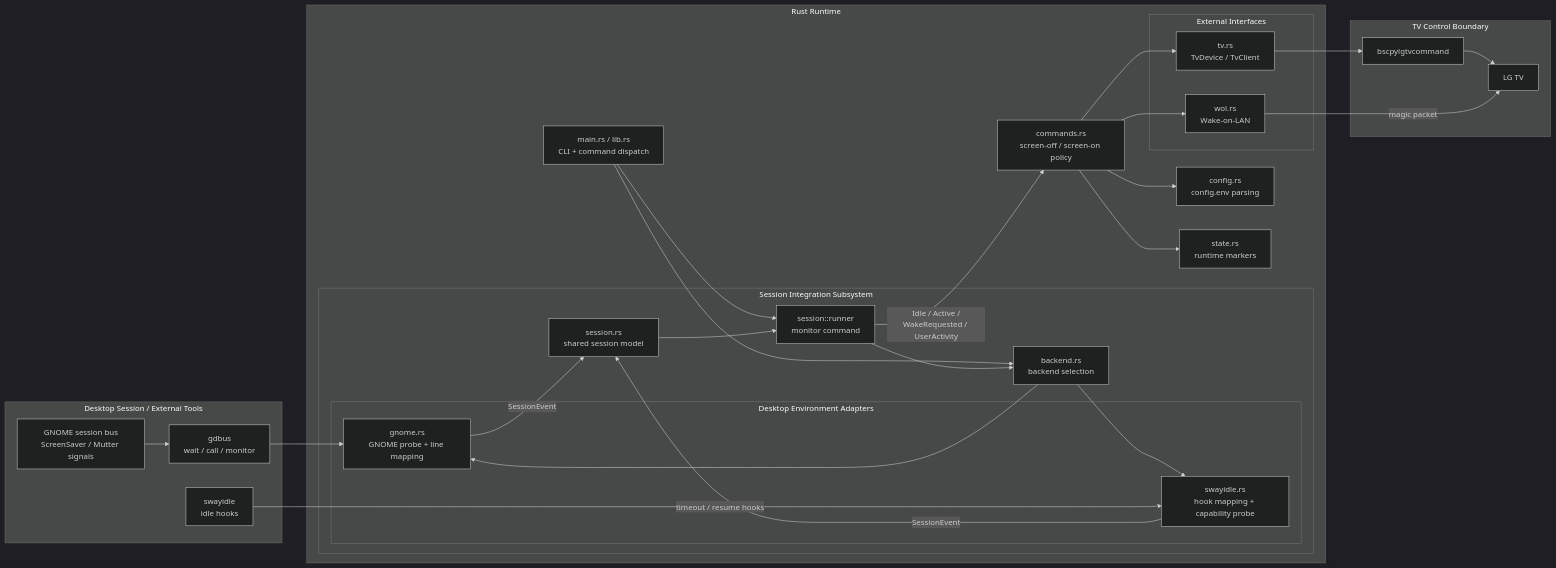
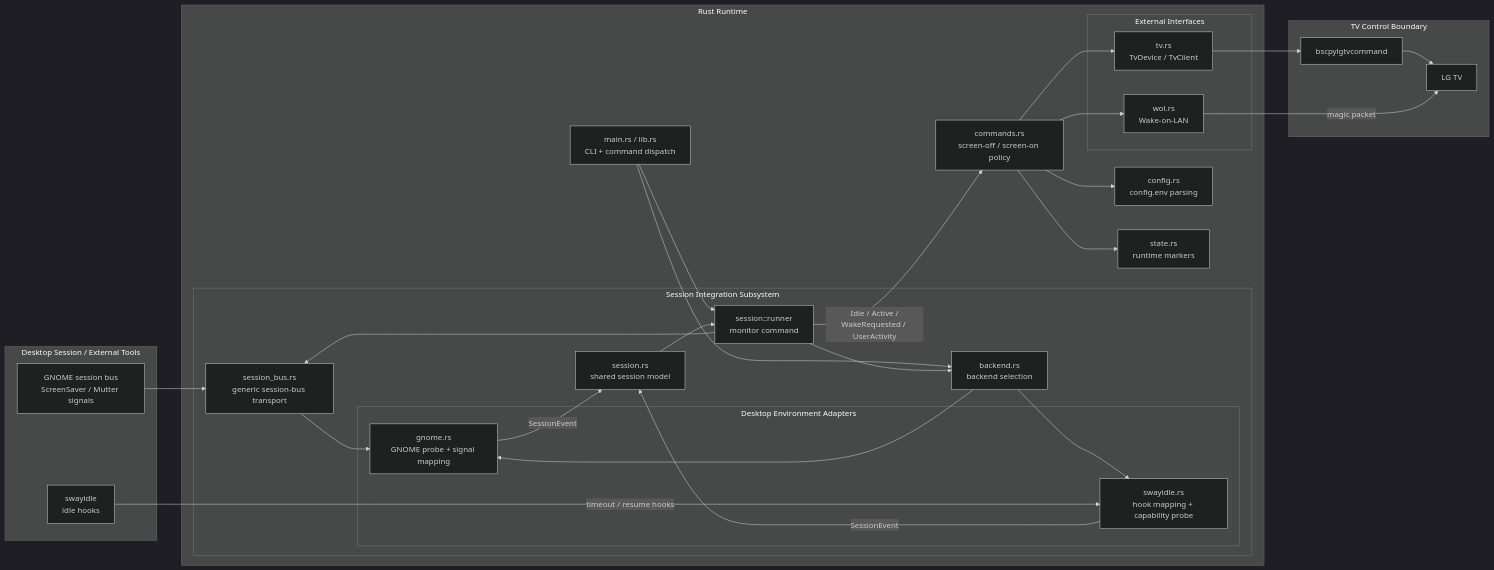
The diagram in docs/architecture-overview.md (Staphylococcus/LG_Buddy), drawn with Mermaid (dark theme) before and after one commit. The commit also changed other lines of this file and 18 other files, not shown here.

Commit message:
Replace GNOME gdbus subprocesses with a persistent session-bus client (#11)

````diff
--- a/docs/architecture-overview.md
+++ b/docs/architecture-overview.md
@@ -47,59 +47,60 @@
 ```mermaid
 flowchart LR
     subgraph Desktop["Desktop Session / External Tools"]
         GNOME["GNOME session bus<br/>ScreenSaver / Mutter signals"]
-        GDBUS["gdbus<br/>wait / call / monitor"]
         SWAY["swayidle<br/>idle hooks"]
     end
 
     subgraph Rust["Rust Runtime"]
         MAIN["main.rs / lib.rs<br/>CLI + command dispatch"]
         COMMANDS["commands.rs<br/>screen-off / screen-on policy"]
         CONFIG["config.rs<br/>config.env parsing"]
         STATE["state.rs<br/>runtime markers"]
 
         subgraph SessionSubsystem["Session Integration Subsystem"]
             BACKEND["backend.rs<br/>backend selection"]
             SESSIONMODEL["session.rs<br/>shared session model"]
             RUNNER["session::runner<br/>monitor command"]
+            BUS["session_bus.rs<br/>generic session-bus transport"]
 
             subgraph DEAdapters["Desktop Environment Adapters"]
-                GADAPTER["gnome.rs<br/>GNOME probe + line mapping"]
+                GADAPTER["gnome.rs<br/>GNOME probe + signal mapping"]
                 SADAPTER["swayidle.rs<br/>hook mapping + capability probe"]
             end
         end
 
         subgraph ExternalInterfaces["External Interfaces"]
             TV["tv.rs<br/>TvDevice / TvClient"]
             WOL["wol.rs<br/>Wake-on-LAN"]
         end
     end
 
     subgraph TVBoundary["TV Control Boundary"]
         BSCPY["bscpylgtvcommand"]
         LGTV["LG TV"]
     end
 
     MAIN --> BACKEND
     MAIN --> RUNNER
     RUNNER --> BACKEND
+    RUNNER --> BUS
     BACKEND --> GADAPTER
     BACKEND --> SADAPTER
 
-    GNOME --> GDBUS
-    GDBUS --> GADAPTER
+    GNOME --> BUS
+    BUS --> GADAPTER
     GADAPTER -->|"SessionEvent"| SESSIONMODEL
 
     SWAY -->|"timeout / resume hooks"| SADAPTER
     SADAPTER -->|"SessionEvent"| SESSIONMODEL
     SESSIONMODEL --> RUNNER
 
     RUNNER -->|"Idle / Active /<br/>WakeRequested / UserActivity"| COMMANDS
     COMMANDS --> CONFIG
     COMMANDS --> STATE
     COMMANDS --> TV
     COMMANDS --> WOL
 
     TV --> BSCPY --> LGTV
     WOL -->|"magic packet"| LGTV
 ```
````
